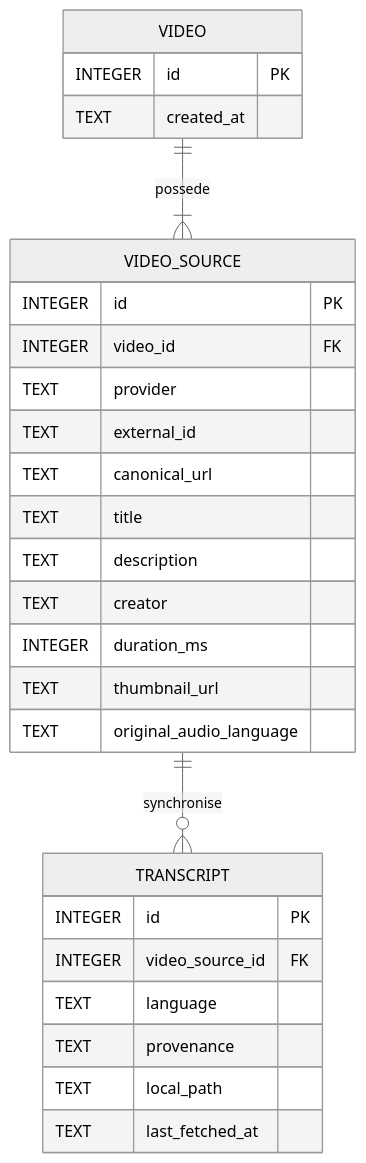
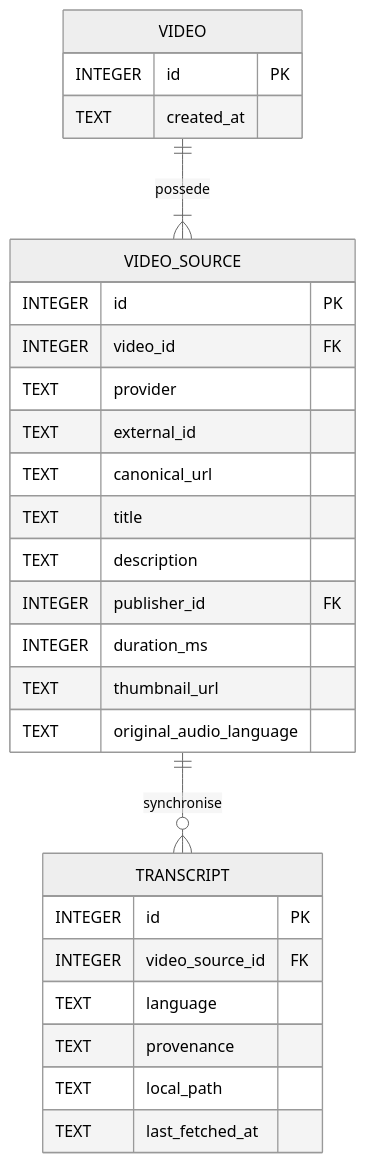
One commit to patrickbrouhard/sillage changed the first of 2 diagrams in README.md. Above: the diagram before and after it, drawn with Mermaid (neutral theme). The commit also changed other lines of this file and 17 other files, not shown here.

````diff
--- a/README.md
+++ b/README.md
@@ -114,33 +122,33 @@
 ```mermaid
 erDiagram
     VIDEO ||--|{ VIDEO_SOURCE : possede
     VIDEO_SOURCE ||--o{ TRANSCRIPT : synchronise
 
     VIDEO {
         INTEGER id PK
         TEXT created_at
     }
 
     VIDEO_SOURCE {
         INTEGER id PK
         INTEGER video_id FK
         TEXT provider
         TEXT external_id
         TEXT canonical_url
         TEXT title
         TEXT description
-        TEXT creator
+        INTEGER publisher_id FK
         INTEGER duration_ms
         TEXT thumbnail_url
         TEXT original_audio_language
     }
 
     TRANSCRIPT {
         INTEGER id PK
         INTEGER video_source_id FK
         TEXT language
         TEXT provenance
         TEXT local_path
         TEXT last_fetched_at
     }
 ```
````
